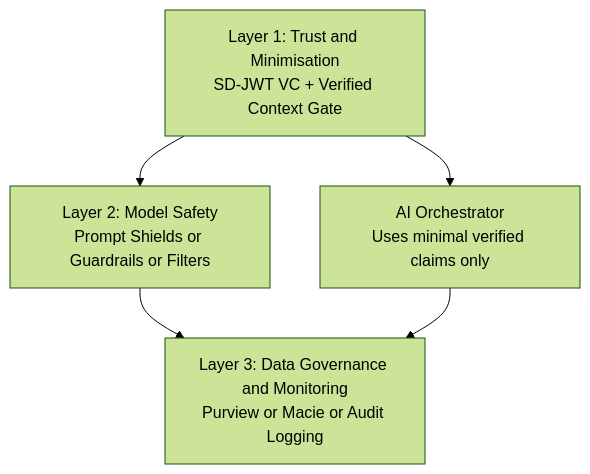
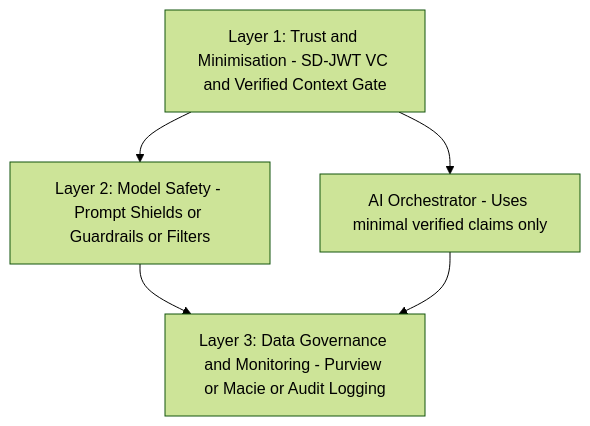
Before and after one commit to openwallet-foundation-labs/sd-jwt-dotnet: the second of 3 diagrams in docs/articles/financial-ai.md, drawn with Mermaid (forest theme). The commit also changed other lines of this file and 28 other files, not shown here.

````diff
--- a/docs/articles/financial-ai.md
+++ b/docs/articles/financial-ai.md
@@ -260,7 +260,7 @@
 ```mermaid
 flowchart TB
-  L1["Layer 1: Trust and Minimisation<br/>SD-JWT VC + Verified Context Gate"] --> L2["Layer 2: Model Safety<br/>Prompt Shields or Guardrails or Filters"]
-  L2 --> L3["Layer 3: Data Governance and Monitoring<br/>Purview or Macie or Audit Logging"]
-  L1 --> Orchestrator["AI Orchestrator<br/>Uses minimal verified claims only"]
+  L1["Layer 1: Trust and Minimisation - SD-JWT VC and Verified Context Gate"] --> L2["Layer 2: Model Safety - Prompt Shields or Guardrails or Filters"]
+  L2 --> L3["Layer 3: Data Governance and Monitoring - Purview or Macie or Audit Logging"]
+  L1 --> Orchestrator["AI Orchestrator - Uses minimal verified claims only"]
   Orchestrator --> L3
 ```
````
